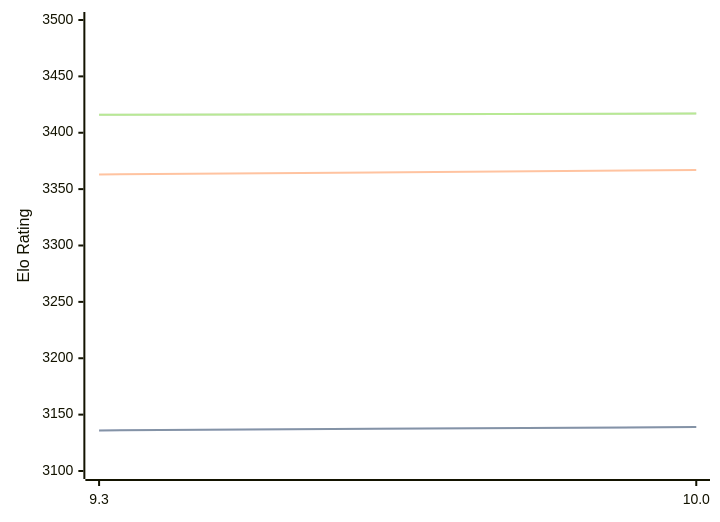
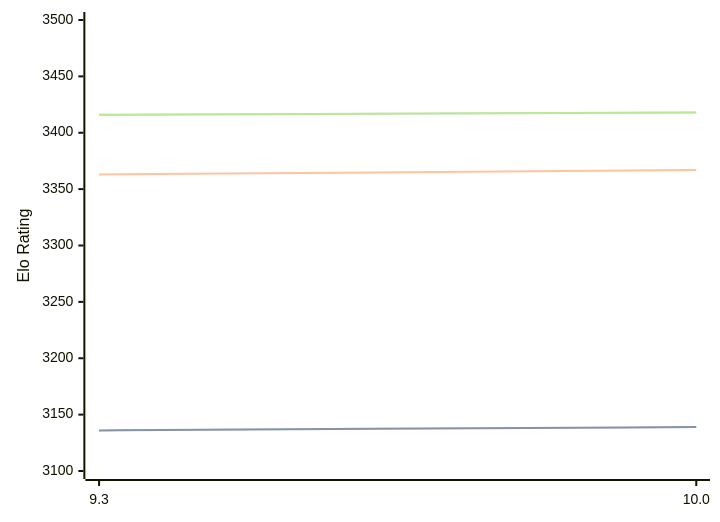
Before and after one commit to computer-chess-index/cci: the diagram in engines/Fire.md, drawn with Mermaid. The commit also changed other lines of this file, not shown here.

Commit message:
Update CCI Ratings (ELO VLTC) - 2026-07-29

````diff
--- a/engines/Fire.md
+++ b/engines/Fire.md
@@ -47,11 +47,11 @@
 ```mermaid
 %%{init: {"theme":"base","themeVariables":{"seriesColors:['#a3a3a3','#222221','#faa371']}}}%%
 xychart-beta
   x-axis ["9.3", "10.0"]
   y-axis "Elo Rating" 3100 --> 3500
   line "STC (8.0+0.08s)" [3136, 3139]
   line "STC (8.0+0.08s)" [3136, 3139]
   line "LTC (60.0+0.60s)" [3363, 3367]
-  line "VLTC (2m24s+1.12s)" [3416, 3417]
-  line "VLTC (2m24s+1.12s)" [3416, 3417]
+  line "VLTC (2m24s+1.12s)" [3416, 3418]
+  line "VLTC (2m24s+1.12s)" [3416, 3418]
 ```
````
